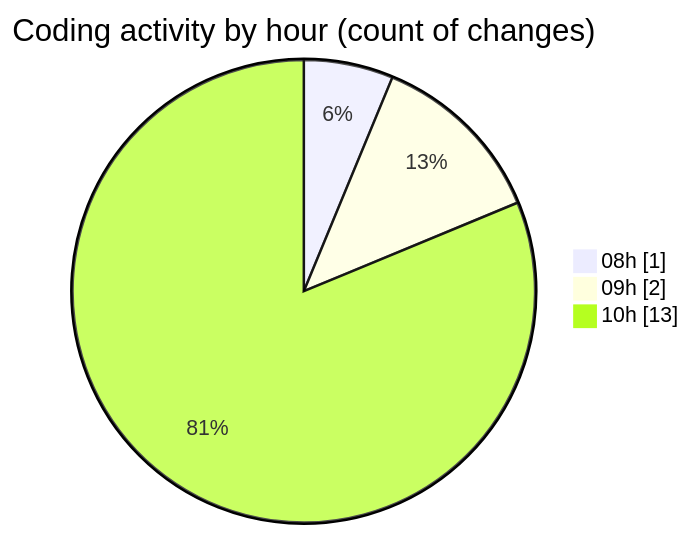
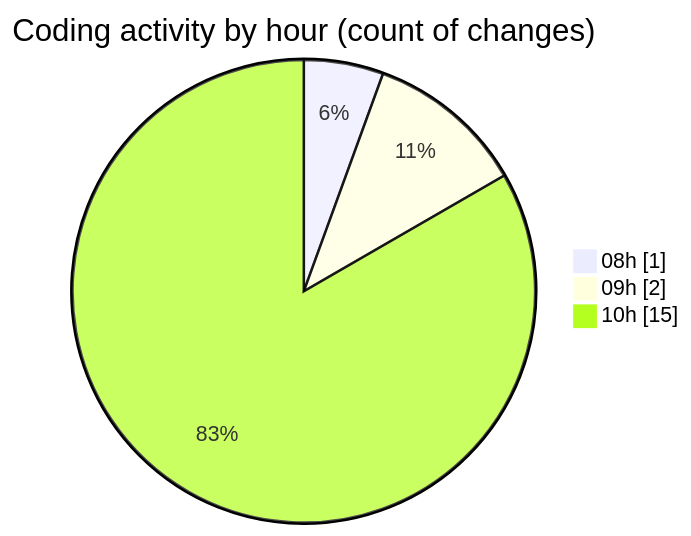
Before and after one commit to MatusMokan/code-tracking: the second of 2 diagrams in 2025-05-15/myws__workspace_/README.md, drawn with Mermaid. The commit also changed other lines of this file and 1 other file, not shown here.

````diff
--- a/2025-05-15/myws__workspace_/README.md
+++ b/2025-05-15/myws__workspace_/README.md
@@ -38,7 +40,7 @@
 ```mermaid
 pie showData
 title Coding activity by hour (count of changes)
 "08h" : 1
 "09h" : 2
-"10h" : 13
+"10h" : 15
 ```
````
